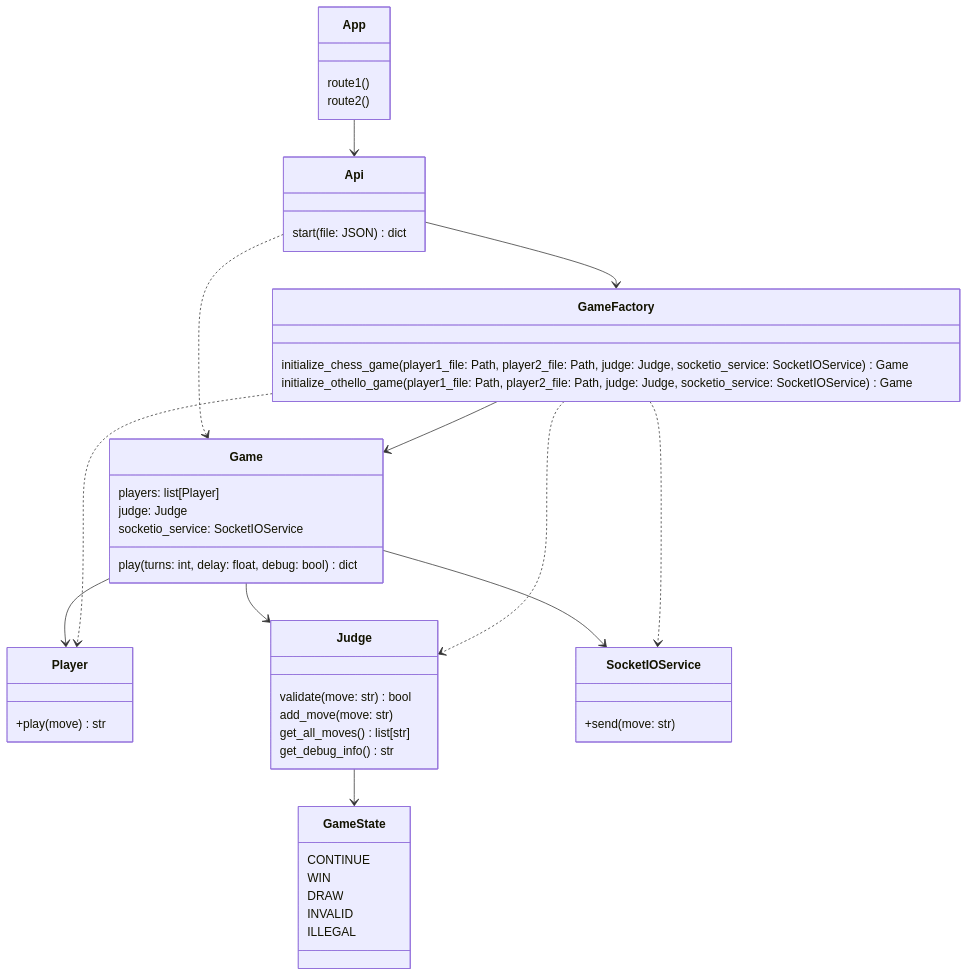
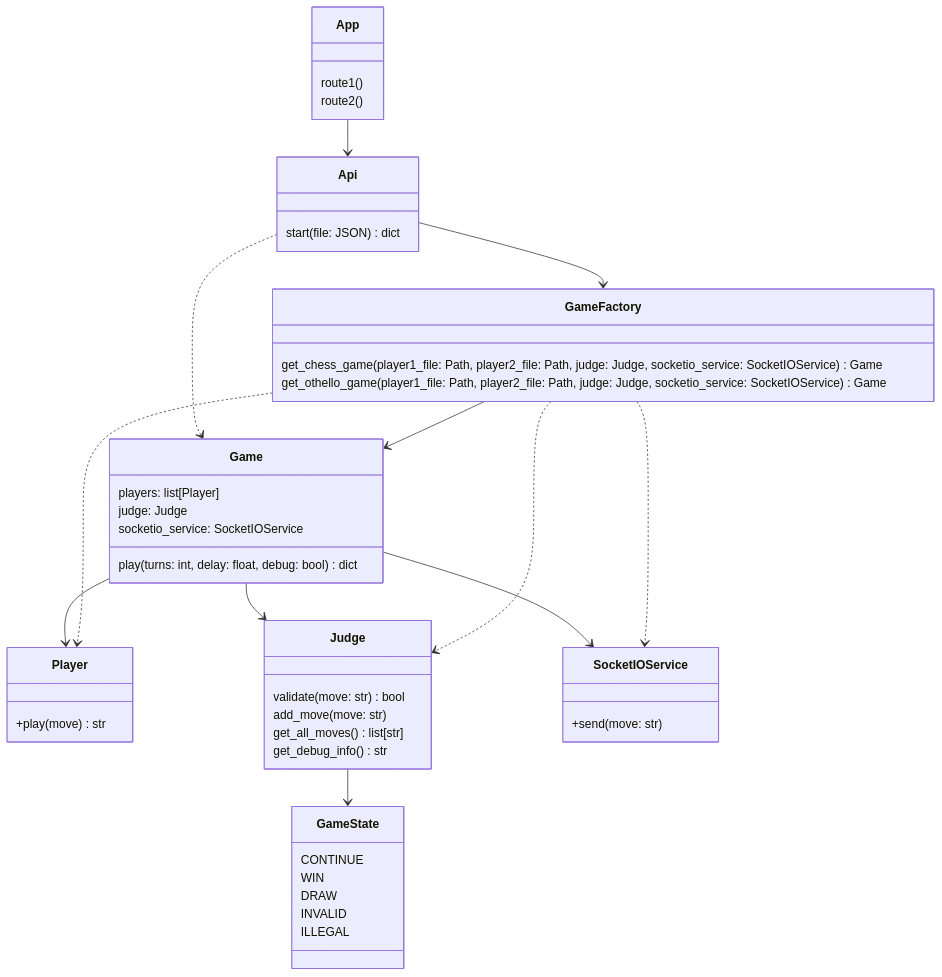
One commit to game-ai-platform-team/tira-ai-platform changed the third of 3 diagrams in docs/architecture.md. Above: the diagram before and after it, drawn with Mermaid.

Commit message:
docs: Rename factory methods to get_something

````diff
--- a/docs/architecture.md
+++ b/docs/architecture.md
@@ -89,60 +89,60 @@
 ```mermaid
 classDiagram
 
 App --> Api
 Api ..> Game
 Api --> GameFactory
 Game --> Player
 Game --> Judge
 Game --> SocketIOService
 GameFactory --> Game
 GameFactory ..> Judge
 GameFactory ..> Player
 GameFactory ..> SocketIOService
 Judge --> GameState
 
 class GameFactory {
-    initialize_chess_game(player1_file: Path, player2_file: Path, judge: Judge, socketio_service: SocketIOService) Game
-    initialize_othello_game(player1_file: Path, player2_file: Path, judge: Judge, socketio_service: SocketIOService) Game
+    get_chess_game(player1_file: Path, player2_file: Path, judge: Judge, socketio_service: SocketIOService) Game
+    get_othello_game(player1_file: Path, player2_file: Path, judge: Judge, socketio_service: SocketIOService) Game
 }
 
 class Game {
     players: list[Player]
     judge: Judge
     socketio_service: SocketIOService
 
     play(turns: int, delay: float, debug: bool) dict
 }
 
 class SocketIOService {
     +send(move: str)
 }
 
 class Judge {
     validate(move: str) bool
     add_move(move: str)
     get_all_moves() list[str]
     get_debug_info() str
 }
 
 class Player {
     +play(move) str
 }
 
 class GameState {
     CONTINUE
     WIN
     DRAW
     INVALID
     ILLEGAL
 }
 
 class Api {
     start(file: JSON) dict
 }
 
 class App {
     route1()
     route2()
 }
 ```
````
